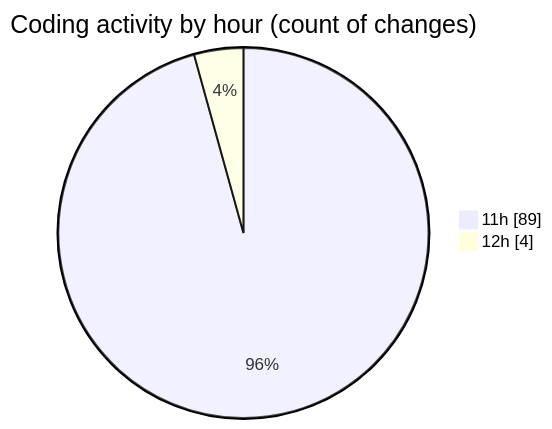
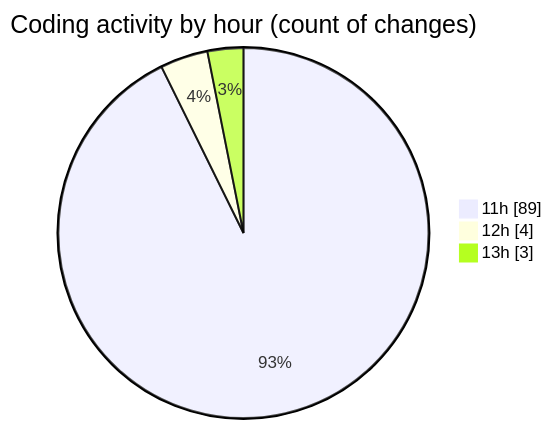
Before and after one commit to nxtqubesakshisongat/code-tracking: the second of 2 diagrams in 2026-06-23/nxtqube_webapp/README.md, drawn with Mermaid. The commit also changed other lines of this file and 1 other file, not shown here.

````diff
--- a/2026-06-23/nxtqube_webapp/README.md
+++ b/2026-06-23/nxtqube_webapp/README.md
@@ -30,6 +31,7 @@
 ```mermaid
 pie showData
 title Coding activity by hour (count of changes)
 "11h" : 89
 "12h" : 4
+"13h" : 3
 ```
````
